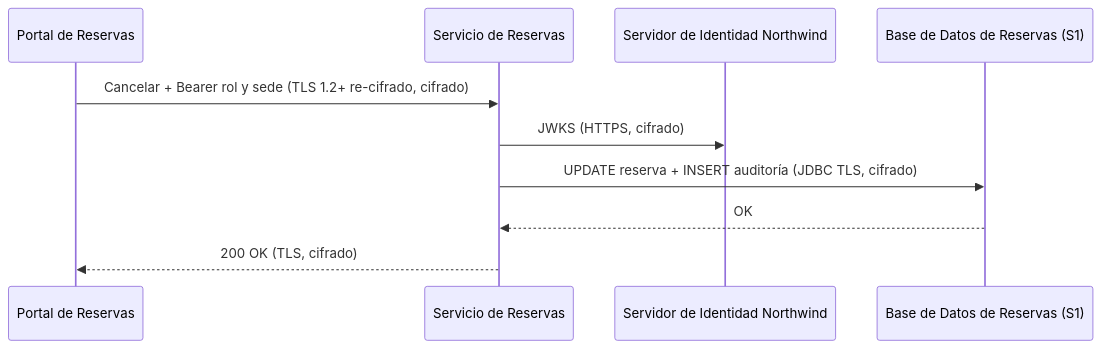
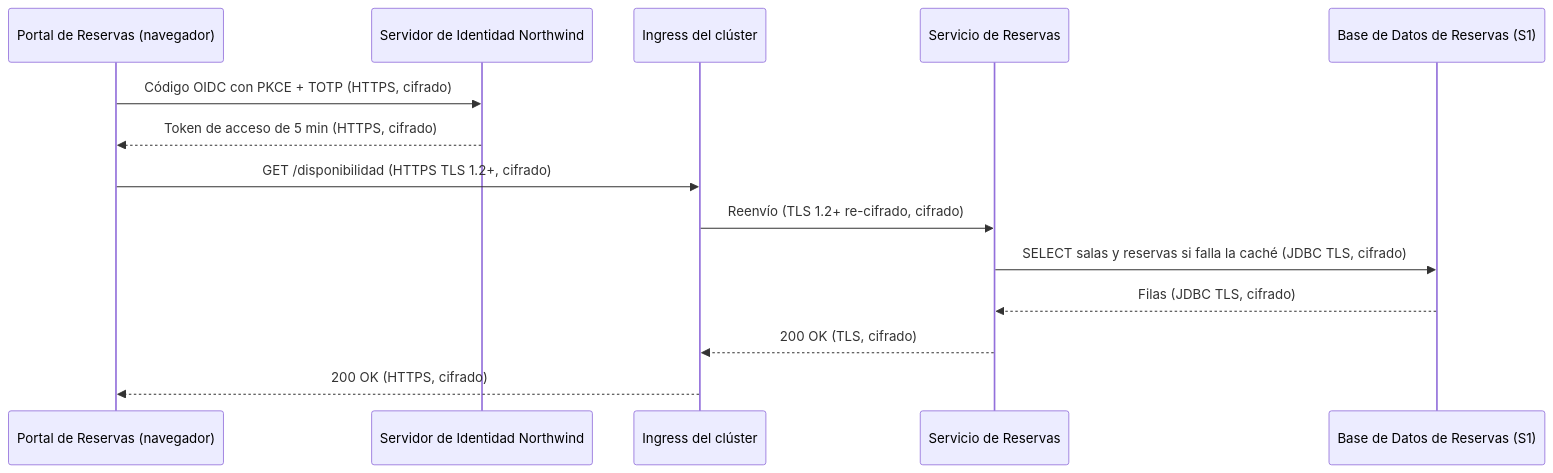
The third of 3 diagrams in analysis/DATA-SENSITIVITY-2026-11-03.md (shadowX4fox/northwind-reservas), drawn with Mermaid before and after one commit. The commit also changed other lines of this file and 7 other files, not shown here.

````diff
--- a/analysis/DATA-SENSITIVITY-2026-11-03.md
+++ b/analysis/DATA-SENSITIVITY-2026-11-03.md
@@ -96,12 +99,16 @@
 ```mermaid
 sequenceDiagram
-  participant P as Portal de Reservas
+  participant P as Portal de Reservas (navegador)
+  participant K as Servidor de Identidad Northwind
+  participant G as Ingress del clúster
   participant S as Servicio de Reservas
-  participant IdP as Servidor de Identidad Northwind
-  participant DB as Base de Datos de Reservas (S1)
-  P->>S: Cancelar + Bearer rol y sede (TLS 1.2+ re-cifrado, cifrado)
-  S->>IdP: JWKS (HTTPS, cifrado)
-  S->>DB: UPDATE reserva + INSERT auditoría (JDBC TLS, cifrado)
-  DB-->>S: OK
-  S-->>P: 200 OK (TLS, cifrado)
+  participant D as Base de Datos de Reservas (S1)
+  P->>K: Código OIDC con PKCE + TOTP (HTTPS, cifrado)
+  K-->>P: Token de acceso de 5 min (HTTPS, cifrado)
+  P->>G: GET /disponibilidad (HTTPS TLS 1.2+, cifrado)
+  G->>S: Reenvío (TLS 1.2+ re-cifrado, cifrado)
+  S->>D: SELECT salas y reservas si falla la caché (JDBC TLS, cifrado)
+  D-->>S: Filas (JDBC TLS, cifrado)
+  S-->>G: 200 OK (TLS, cifrado)
+  G-->>P: 200 OK (HTTPS, cifrado)
 ```
````
